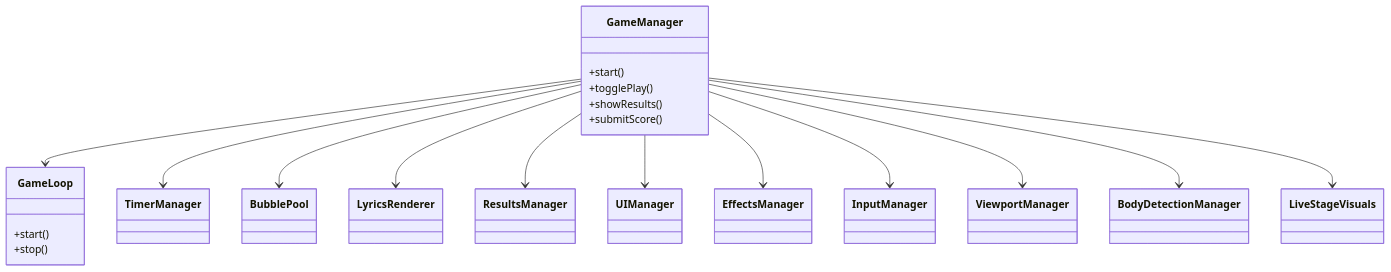
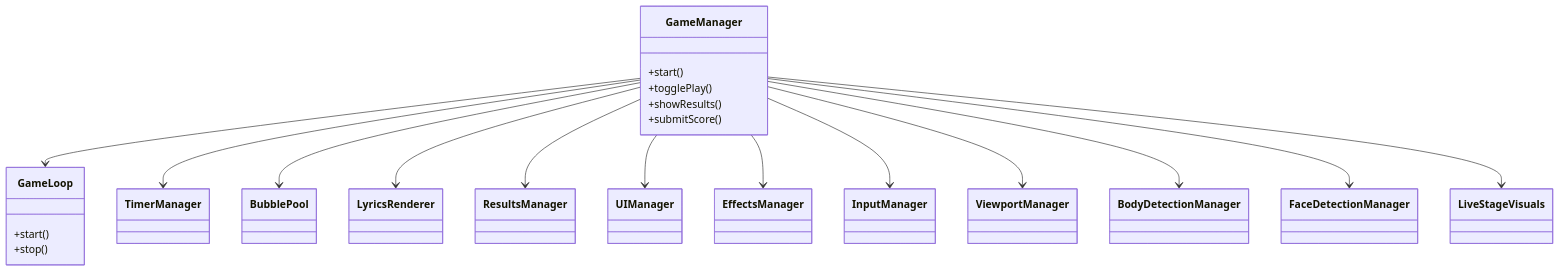
Before and after one commit to syusyusyusyu/star: the eighth of 10 diagrams in 仕様書.md, drawn with Mermaid. The commit also changed other lines of this file, not shown here.

````diff
--- a/仕様書.md
+++ b/仕様書.md
@@ -188,35 +189,37 @@
 ```mermaid
 classDiagram
   class GameManager {
     +start()
     +togglePlay()
     +showResults()
     +submitScore()
   }
   class GameLoop {
     +start()
     +stop()
   }
   class TimerManager
   class BubblePool
   class LyricsRenderer
   class ResultsManager
   class UIManager
   class EffectsManager
   class InputManager
   class ViewportManager
   class BodyDetectionManager
+  class FaceDetectionManager
   class LiveStageVisuals
 
   GameManager --> GameLoop
   GameManager --> TimerManager
   GameManager --> BubblePool
   GameManager --> LyricsRenderer
   GameManager --> ResultsManager
   GameManager --> UIManager
   GameManager --> EffectsManager
   GameManager --> InputManager
   GameManager --> ViewportManager
   GameManager --> BodyDetectionManager
+  GameManager --> FaceDetectionManager
   GameManager --> LiveStageVisuals
 ```
````
